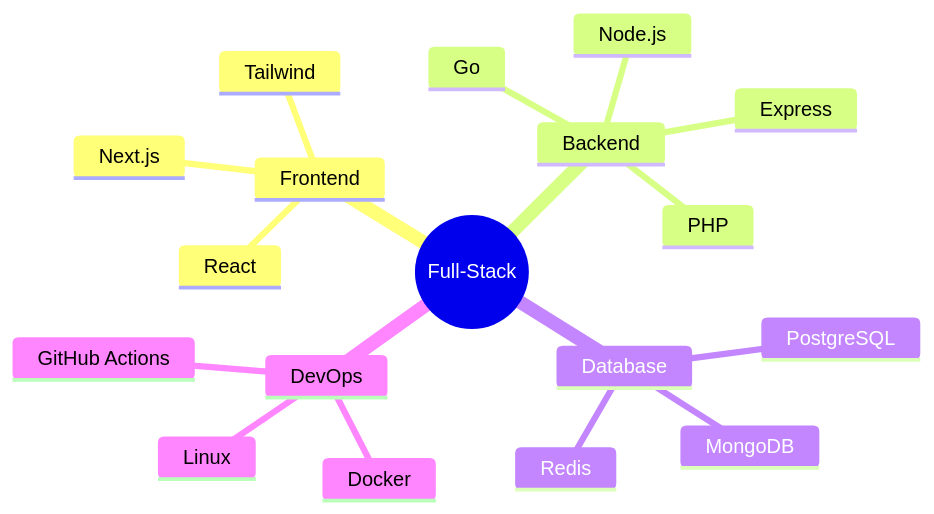
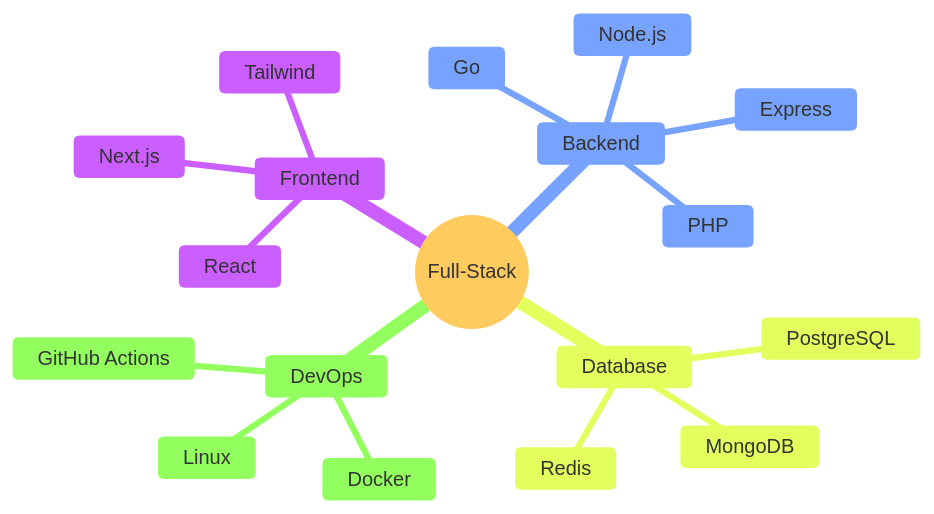
Before and after one commit to berahaan/berahaan: the diagram in README.md, drawn with Mermaid.

Commit message:
Update mindmap formatting in README.md

````diff
--- a/README.md
+++ b/README.md
@@ -81,22 +81,22 @@
 ```mermaid
+%%{init: {'theme': 'base', 'themeVariables': {'mindmapTextColor': '#333333'}}}%%
 mindmap
-  root((Full-Stack))
-    Frontend
-      React
-      Next.js
-      Tailwind
-    Backend
-      Go
-      Node.js
-      PHP
-      Express
-    Database
-      PostgreSQL
-      MongoDB
-      Redis
-    DevOps
-      Docker
-      GitHub Actions
-      Linux
-
+root((Full-Stack))
+  Frontend
+    React
+    Next.js
+    Tailwind
+  Backend
+    Go
+    Node.js
+    PHP
+    Express
+  Database
+    PostgreSQL
+    MongoDB
+    Redis
+  DevOps
+    Docker
+    GitHub Actions
+    Linux
 ```
````
